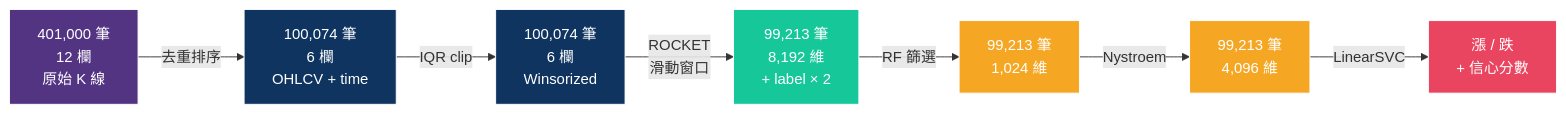
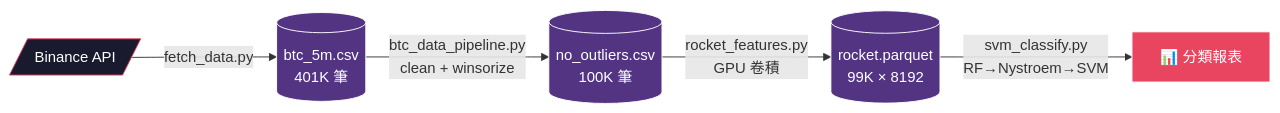
The diagram in README.md (fainstar/BTC_Test_2026), drawn with Mermaid before and after one commit. The commit also changed other lines of this file and 2 other files, not shown here.

Commit message:
更新 .gitignore，移除不必要的檔案；調整 README.md 中的流程圖格式與內容；修正 requirements.txt 中的 rich 依賴

````diff
--- a/README.md
+++ b/README.md
@@ -96,17 +32,13 @@
 ```mermaid
 flowchart LR
-    A["401,000 筆\n12 欄\n原始 K 線"] -->|"去重排序"| B["100,074 筆\n6 欄\nOHLCV + time"]
-    B -->|"IQR clip"| C["100,074 筆\n6 欄\nWinsorized"]
-    C -->|"ROCKET\n滑動窗口"| D["99,213 筆\n8,192 維\n+ label × 2"]
-    D -->|"RF 篩選"| E["99,213 筆\n1,024 維"]
-    E -->|"Nystroem"| F["99,213 筆\n4,096 維"]
-    F -->|"LinearSVC"| G["漲 / 跌\n+ 信心分數"]
+    A[/"Binance API"/] -->|"fetch_data.py"| B[("btc_5m.csv\n401K 筆")]
+    B -->|"btc_data_pipeline.py\nclean + winsorize"| C[("no_outliers.csv\n100K 筆")]
+    C -->|"rocket_features.py\nGPU 卷積"| D[("rocket.parquet\n99K × 8192")]
+    D -->|"svm_classify.py\nRF→Nystroem→SVM"| E["📊 分類報表"]
 
-    style A fill:#533483,stroke:#fff,color:#fff
-    style B fill:#0f3460,stroke:#fff,color:#fff
-    style C fill:#0f3460,stroke:#fff,color:#fff
-    style D fill:#16c79a,stroke:#fff,color:#fff
-    style E fill:#f5a623,stroke:#fff,color:#fff
-    style F fill:#f5a623,stroke:#fff,color:#fff
-    style G fill:#e94560,stroke:#fff,color:#fff
+    style A fill:#1a1a2e,stroke:#e94560,color:#fff
+    style B fill:#533483,stroke:#fff,color:#fff
+    style C fill:#533483,stroke:#fff,color:#fff
+    style D fill:#533483,stroke:#fff,color:#fff
+    style E fill:#e94560,stroke:#fff,color:#fff
 ```
````
